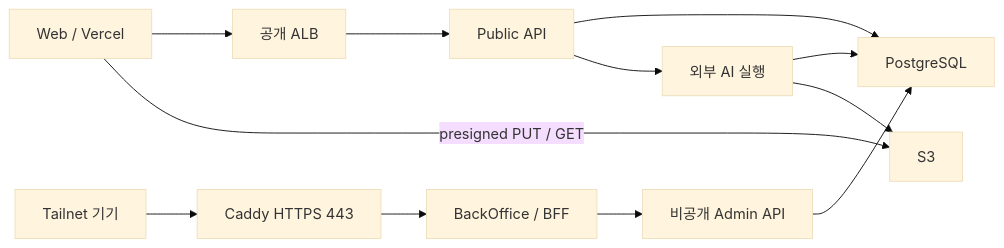
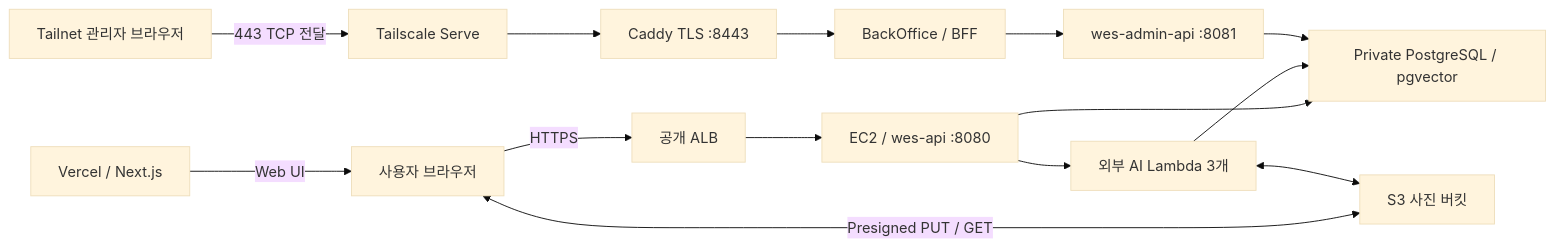
The diagram in docs/architecture/system.md (organic-agent/WES-DOCS), drawn with Mermaid (base theme) before and after one commit. The commit also changed other lines of this file and 25 other files, not shown here.

Commit message:
docs: sync approved architecture and execution contracts

````diff
--- a/docs/architecture/system.md
+++ b/docs/architecture/system.md
@@ -11,14 +11,16 @@
 ```mermaid
 flowchart LR
-    W[Web / Vercel] --> ALB[공개 ALB]
-    ALB --> API[Public API]
-    W -->|presigned PUT / GET| S3[S3]
-    T[Tailnet 기기] --> C[Caddy HTTPS 443]
+    V[Vercel / Next.js] -->|Web UI| W[사용자 브라우저]
+    W -->|HTTPS| ALB[공개 ALB]
+    ALB --> API[EC2 / wes-api :8080]
+    W <-->|Presigned PUT / GET| S3[S3 사진 버킷]
+    API --> DB[Private PostgreSQL / pgvector]
+    API --> AI[외부 AI Lambda 3개]
+    AI --> DB
+    AI <--> S3
+    T[Tailnet 관리자 브라우저] -->|443 TCP 전달| TS[Tailscale Serve]
+    TS --> C[Caddy TLS :8443]
     C --> B[BackOffice / BFF]
-    B --> A[비공개 Admin API]
-    API --> DB[PostgreSQL]
+    B --> A[wes-admin-api :8081]
     A --> DB
-    API --> AI[외부 AI 실행]
-    AI --> DB
-    AI --> S3
 ```
````
